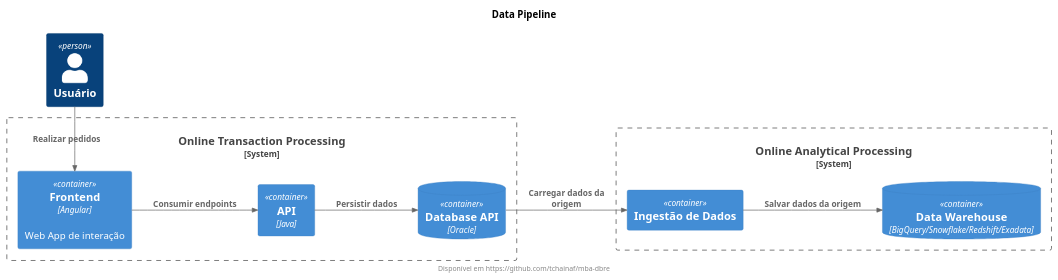
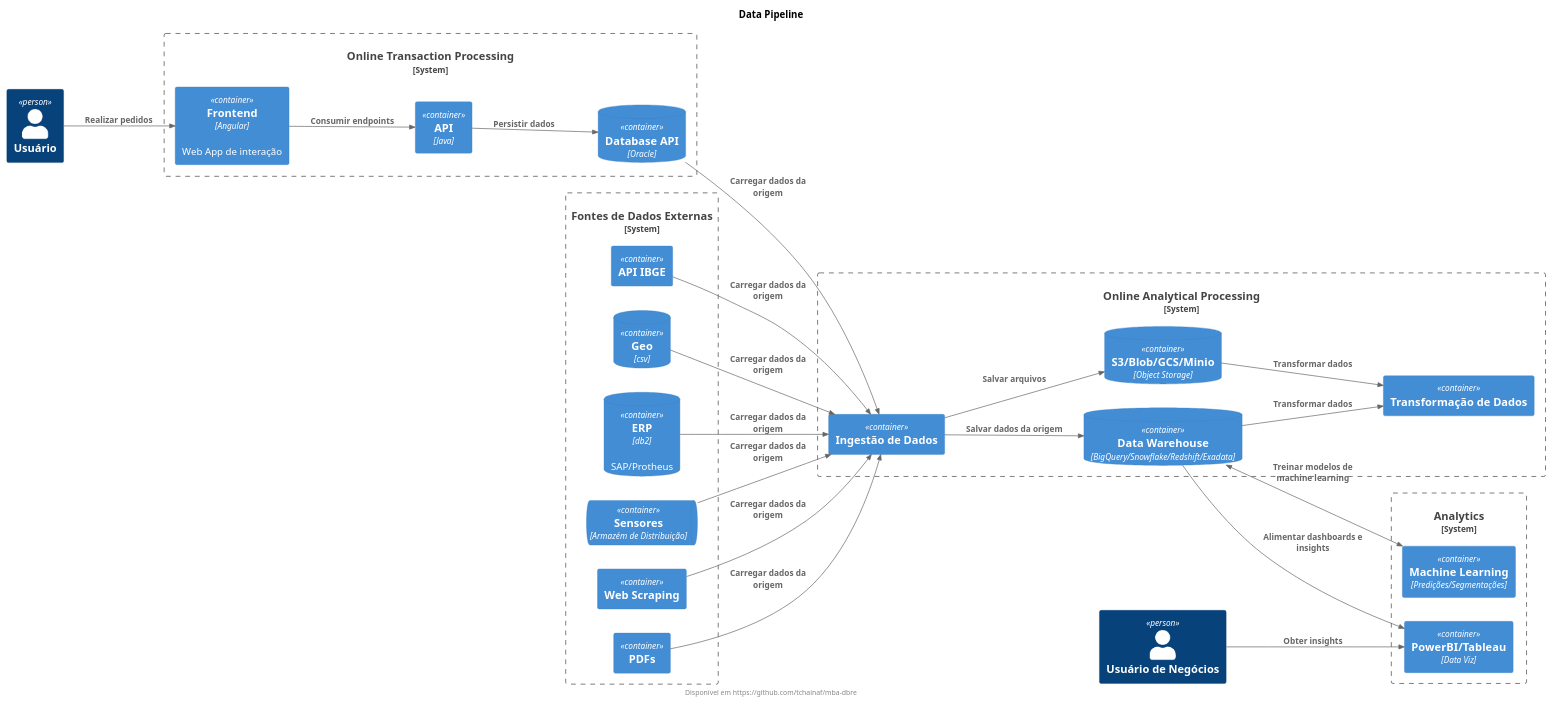
One commit to tchainaf/mba-dbre changed the diagram in diagrams/data_pipeline.puml. Above: the diagram before and after it, drawn with PlantUML. The commit also changed 1 other file, not shown here.

Commit message:
docs: Update data pipeline diagram

```diff
--- a/diagrams/data_pipeline.puml
+++ b/diagrams/data_pipeline.puml
@@ -1,27 +1,59 @@
 @startuml diagram
 title Data Pipeline
 footer Disponível em https://github.com/tchainaf/mba-dbre
 
 !include https://raw.githubusercontent.com/plantuml-stdlib/C4-PlantUML/master/C4_Container.puml
 LAYOUT_LANDSCAPE()
 
 Person(user, "Usuário")
+Person(user_business, "Usuário de Negócios")
 
 System_Boundary(oltp, "Online Transaction Processing") {
     Container(frontend, "Frontend", "Angular", "Web App de interação")
     Container(api, "API", "Java")
     ContainerDb(db, "Database API", "Oracle")
 }
 
-System_Boundary(olap, "Online Analytical Processing") {
-    Container(job, "Ingestão de Dados")
-    ContainerDb(dw, "Data Warehouse", "BigQuery/Snowflake/Redshift/Exadata")
-
-    Rel(job, dw, "Salvar dados da origem")
+System_Boundary(data_sources, "Fontes de Dados Externas") {
+    Container(ibge, "API IBGE")
+    ContainerDb(correio, "Geo", "csv")
+    ContainerDb(erp, "ERP", "db2", "SAP/Protheus")
+    ContainerQueue(iot, "Sensores", "Armazém de Distribuição")
+    Container(scraping, "Web Scraping")
+    Container(pdf, "PDFs")
 }
 
-Rel_Up(user, frontend, "Realizar pedidos")
+System_Boundary(olap, "Online Analytical Processing") {
+    Container(extraction, "Ingestão de Dados")
+    ContainerDb(object_storage, "S3/Blob/GCS/Minio", "Object Storage")
+    ContainerDb(dw, "Data Warehouse", "BigQuery/Snowflake/Redshift/Exadata")
+    Container(transformation, "Transformação de Dados")
+
+    Rel(extraction, dw, "Salvar dados da origem")
+    Rel(extraction, object_storage, "Salvar arquivos")
+    Rel(dw, transformation, "Transformar dados")
+    Rel(object_storage, transformation, "Transformar dados")
+}
+
+System_Boundary(analytics, "Analytics") {
+    Container(dataviz, "PowerBI/Tableau", "Data Viz")
+    Container(ml, "Machine Learning", "Predições/Segmentações")
+}
+
+Rel(user, frontend, "Realizar pedidos")
+Rel(user_business, dataviz, "Obter insights")
+
 Rel(frontend, api, "Consumir endpoints")
 Rel(api, db, "Persistir dados")
-Rel(db, job, "Carregar dados da origem")
+Rel(db, extraction, "Carregar dados da origem")
+
+Rel(ibge, extraction, "Carregar dados da origem")
+Rel(correio, extraction, "Carregar dados da origem")
+Rel(erp, extraction, "Carregar dados da origem")
+Rel(iot, extraction, "Carregar dados da origem")
+Rel(scraping, extraction, "Carregar dados da origem")
+Rel(pdf, extraction, "Carregar dados da origem")
+
+Rel(dw, dataviz, "Alimentar dashboards e insights")
+BiRel(dw, ml, "Treinar modelos de machine learning")
 @enduml
```
